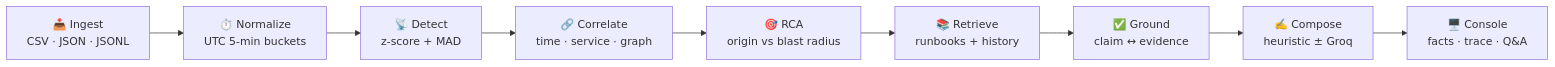
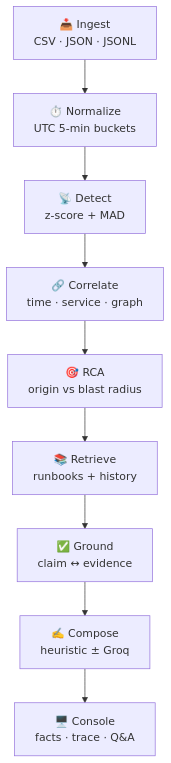
Before and after one commit to Instincts11/grounded-incident-analysis.: the diagram in README.md, drawn with Mermaid. The commit also changed 3 other files, not shown here.

````diff
--- a/README.md
+++ b/README.md
@@ -44,11 +44,13 @@
 ```mermaid
-flowchart LR
-  A["📥 Ingest<br/>CSV · JSON · JSONL"] --> B["⏱️ Normalize<br/>UTC 5-min buckets"]
-  B --> C["📡 Detect<br/>z-score + MAD"]
-  C --> D["🔗 Correlate<br/>time · service · graph"]
-  D --> E["🎯 RCA<br/>origin vs blast radius"]
-  E --> F["📚 Retrieve<br/>runbooks + history"]
-  F --> G["✅ Ground<br/>claim ↔ evidence"]
-  G --> H["✍️ Compose<br/>heuristic ± Groq"]
-  H --> I["🖥️ Console<br/>facts · trace · Q&A"]
+flowchart TB
+  A["📥 Ingest<br/>CSV · JSON · JSONL"]
+  B["⏱️ Normalize<br/>UTC 5-min buckets"]
+  C["📡 Detect<br/>z-score + MAD"]
+  D["🔗 Correlate<br/>time · service · graph"]
+  E["🎯 RCA<br/>origin vs blast radius"]
+  F["📚 Retrieve<br/>runbooks + history"]
+  G["✅ Ground<br/>claim ↔ evidence"]
+  H["✍️ Compose<br/>heuristic ± Groq"]
+  I["🖥️ Console<br/>facts · trace · Q&A"]
+  A --> B --> C --> D --> E --> F --> G --> H --> I
 ```
````
